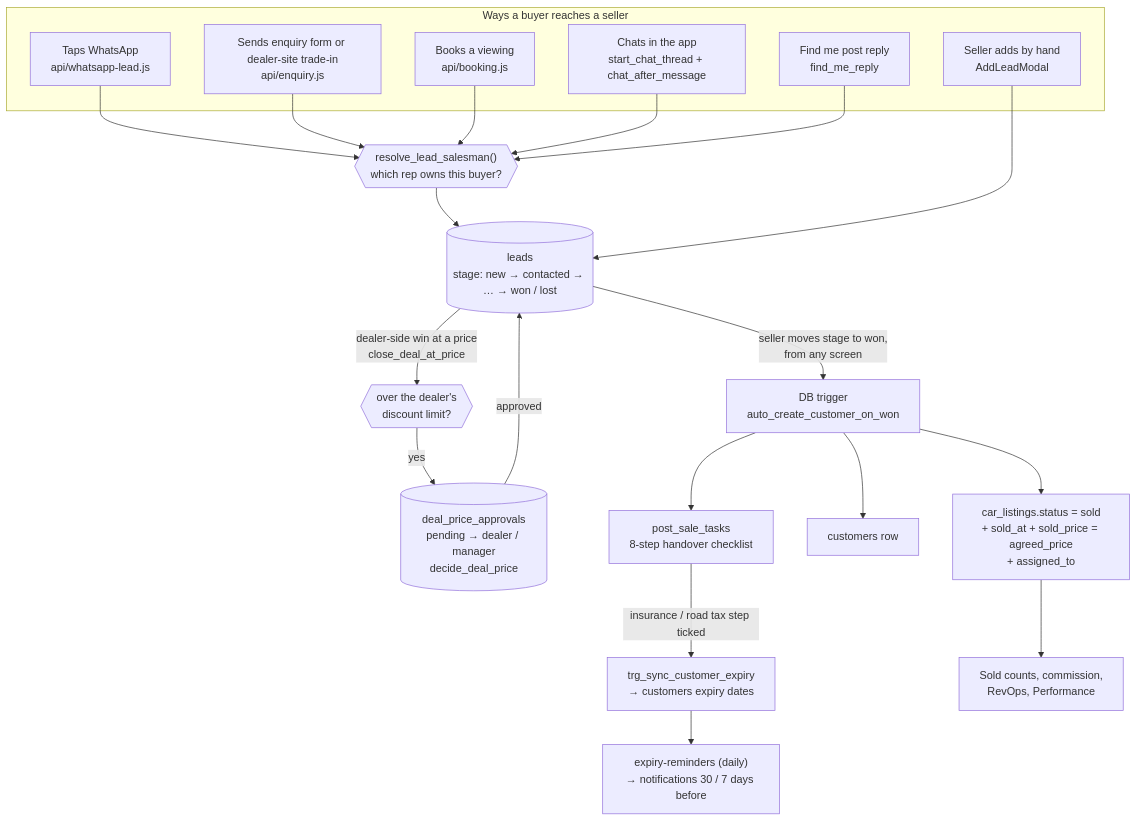
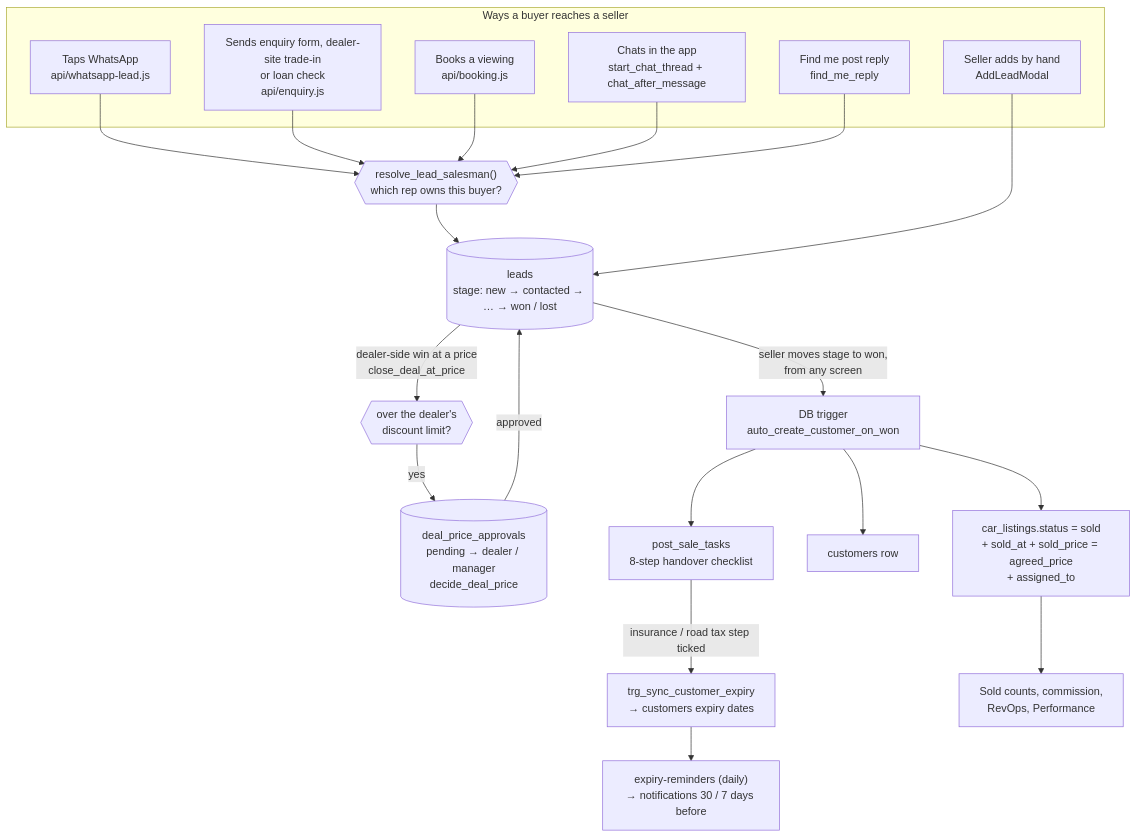
The second of 7 diagrams in docs/ARCHITECTURE.md (auzyvyth/ShiftOS), drawn with Mermaid before and after one commit. The commit also changed 7 other files, not shown here.

First line of the commit message:
Dealer site: "Check my loan" (STOREFRONT-1)

````diff
--- a/docs/ARCHITECTURE.md
+++ b/docs/ARCHITECTURE.md
@@ -102,29 +102,29 @@
 ```mermaid
 flowchart TD
   subgraph In["Ways a buyer reaches a seller"]
     W["Taps WhatsApp<br/>api/whatsapp-lead.js"]
-    E["Sends enquiry form or dealer-site trade-in<br/>api/enquiry.js"]
+    E["Sends enquiry form, dealer-site trade-in<br/>or loan check<br/>api/enquiry.js"]
     BK["Books a viewing<br/>api/booking.js"]
     CH["Chats in the app<br/>start_chat_thread + chat_after_message"]
     FM["Find me post reply<br/>find_me_reply"]
     MAN["Seller adds by hand<br/>AddLeadModal"]
   end
 
   R{{"resolve_lead_salesman()<br/>which rep owns this buyer?"}}
   L[("leads<br/>stage: new → contacted → … → won / lost")]
 
   W & E & BK & CH & FM --> R --> L
   MAN --> L
 
   L -->|dealer-side win at a price<br/>close_deal_at_price| G{{"over the dealer's<br/>discount limit?"}}
   G -->|yes| PA[("deal_price_approvals<br/>pending → dealer / manager<br/>decide_deal_price")]
   PA -->|approved| L
   L -->|seller moves stage to won,<br/>from any screen| T["DB trigger<br/>auto_create_customer_on_won"]
   T --> S1["car_listings.status = sold<br/>+ sold_at + sold_price = agreed_price<br/>+ assigned_to"]
   T --> S2["customers row"]
   T --> S3["post_sale_tasks<br/>8-step handover checklist"]
   S3 -->|insurance / road tax step ticked| X["trg_sync_customer_expiry<br/>→ customers expiry dates"]
   X --> RM["expiry-reminders (daily)<br/>→ notifications 30 / 7 days before"]
 
   S1 --> REP["Sold counts, commission,<br/>RevOps, Performance"]
 ```
````
